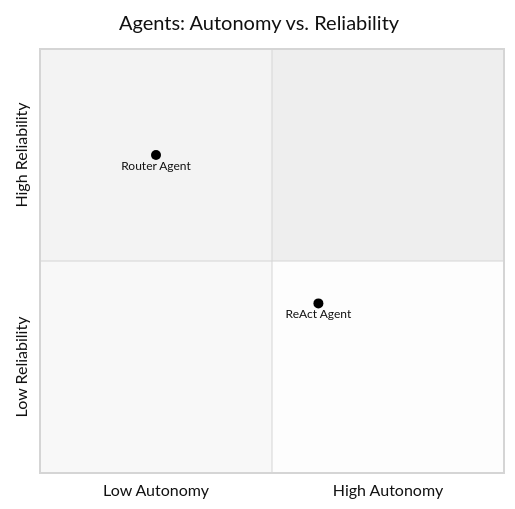
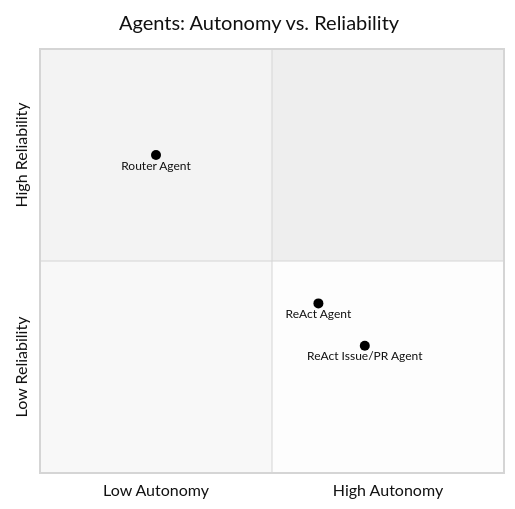
The first of 3 diagrams in README.md (xvnpw/fabric-agent-action), drawn with Mermaid (neutral theme) before and after one commit. The commit also changed other lines of this file and 5 other files, not shown here.

````diff
--- a/README.md
+++ b/README.md
@@ -170,8 +170,9 @@
 ```mermaid
 quadrantChart
     title Agents: Autonomy vs. Reliability
     x-axis Low Autonomy --> High Autonomy
     y-axis Low Reliability --> High Reliability
     Router Agent: [0.25, 0.75]
     ReAct Agent: [0.6, 0.4]
+    ReAct Issue/PR Agent: [0.7, 0.3]
 ```
````
